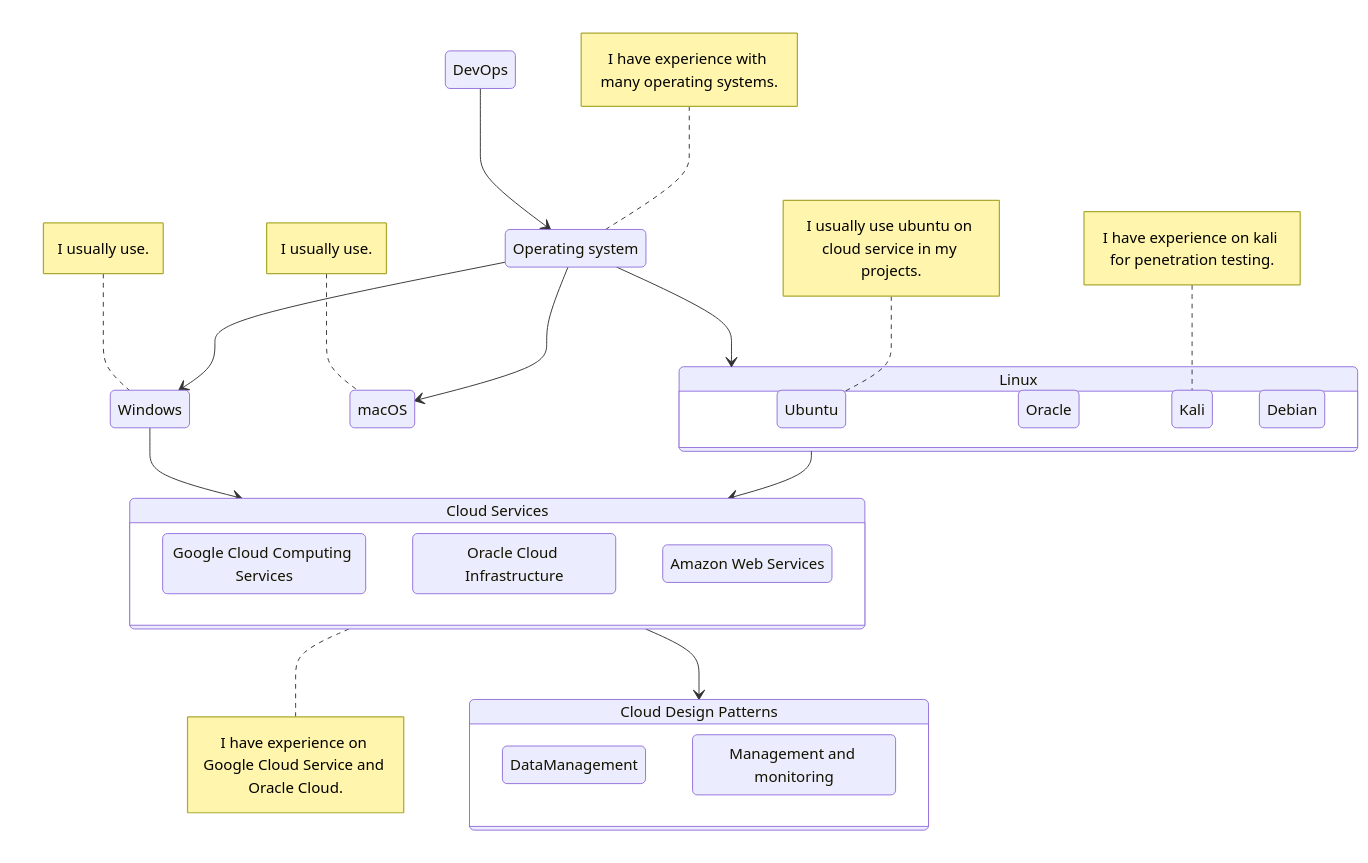
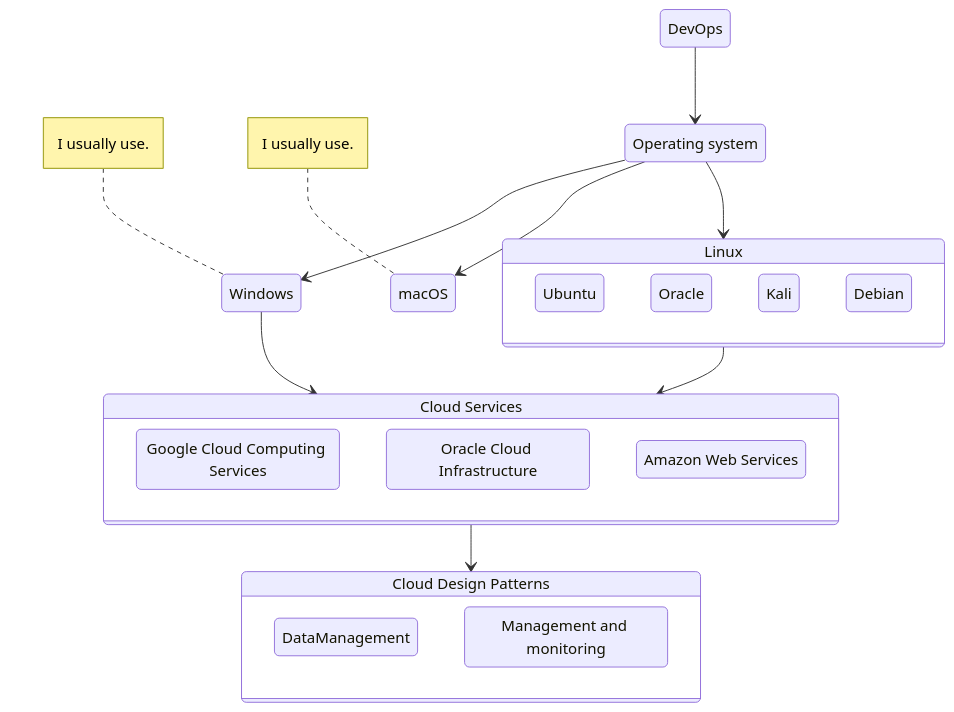
Before and after one commit to farunurisonmez/farunurisonmez: the fourth of 4 diagrams in README.md, drawn with Mermaid. The commit also changed other lines of this file, not shown here.

````diff
--- a/README.md
+++ b/README.md
@@ -117,37 +109,33 @@
 ```mermaid
   stateDiagram-v2
     OperatingSystem: Operating system
-    note left of OperatingSystem : I have experience with many operating systems.
     DevOps --> OperatingSystem
     Windows: Windows
     OperatingSystem --> Windows
     macOS: macOS
     OperatingSystem --> macOS
     note left of Windows : I usually use.
     note left of macOS : I usually use.
     Linux: Linux
     OperatingSystem --> Linux
     state Linux {
         Ubuntu: Ubuntu
-        note left of Ubuntu : I usually use ubuntu on cloud service in my projects.
         Oracle: Oracle
         KaliLinux: Kali
-        note left of KaliLinux : I have experience on kali for penetration testing.
         Debian: Debian
     }
     CloudServices: Cloud Services
-    note right of CloudServices : I have experience on Google Cloud Service and Oracle Cloud.
     Linux --> CloudServices
     Windows --> CloudServices
     state CloudServices {
         GoogleCloud: Google Cloud Computing Services
         OracleCloud: Oracle Cloud Infrastructure
         AWS: Amazon Web Services
     }
     CloudDesignPatterns: Cloud Design Patterns
     CloudServices --> CloudDesignPatterns
     state CloudDesignPatterns {
         DataManagement: DataManagement
         Managementandmonitoring: Management and monitoring
     }
 ```
````
